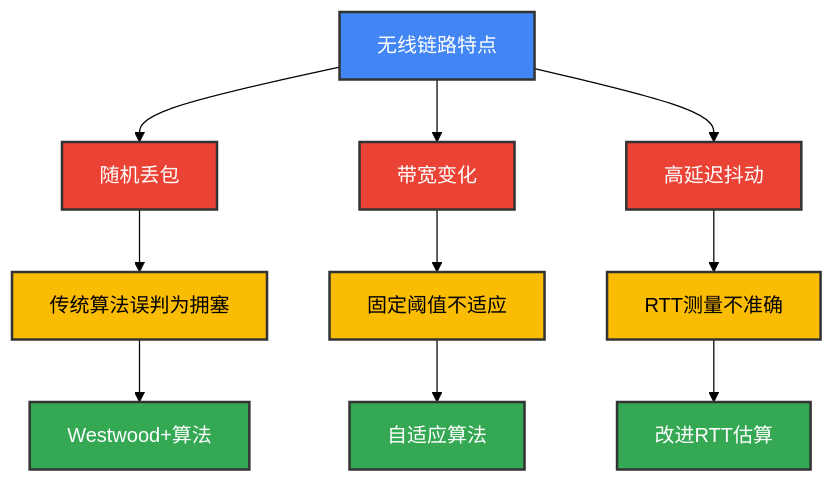
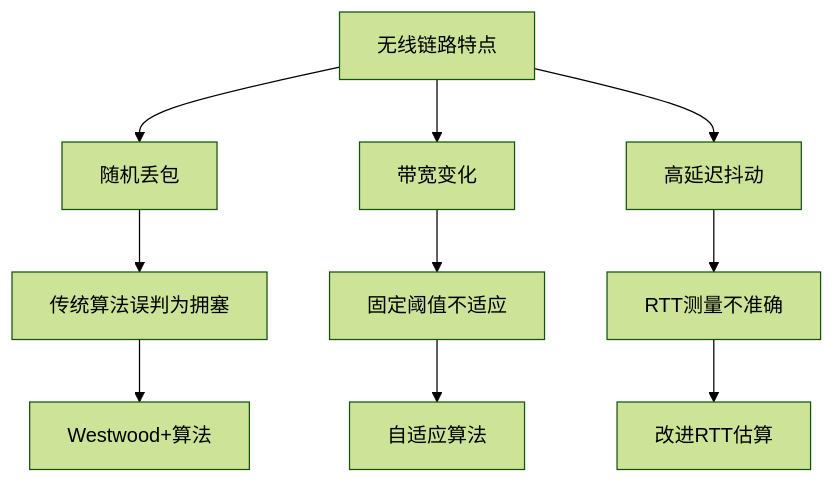
Before and after one commit to Dtheme/CS-base: the ninth of 9 diagrams in 计算机网络/3.6传输层：TCP拥塞控制.md, drawn with Mermaid (forest theme). The commit also changed other lines of this file and 51 other files, not shown here.

````diff
--- a/计算机网络/3.6传输层：TCP拥塞控制.md
+++ b/计算机网络/3.6传输层：TCP拥塞控制.md
@@ -1158,25 +1088,14 @@
 ```mermaid
 graph TD
     A[无线链路特点] --> B[随机丢包]
     A --> C[带宽变化]
     A --> D[高延迟抖动]
     
     B --> E[传统算法误判为拥塞]
     C --> F[固定阈值不适应]
     D --> G[RTT测量不准确]
     
     E --> H[Westwood+算法]
     F --> I[自适应算法]
     G --> J[改进RTT估算]
-    
-    style A fill:#4285f4,stroke:#333,stroke-width:2px,color:#ffffff
-    style B fill:#ea4335,stroke:#333,stroke-width:2px,color:#ffffff
-    style C fill:#ea4335,stroke:#333,stroke-width:2px,color:#ffffff
-    style D fill:#ea4335,stroke:#333,stroke-width:2px,color:#ffffff
-    style E fill:#fbbc04,stroke:#333,stroke-width:2px,color:#000000
-    style F fill:#fbbc04,stroke:#333,stroke-width:2px,color:#000000
-    style G fill:#fbbc04,stroke:#333,stroke-width:2px,color:#000000
-    style H fill:#34a853,stroke:#333,stroke-width:2px,color:#ffffff
-    style I fill:#34a853,stroke:#333,stroke-width:2px,color:#ffffff
-    style J fill:#34a853,stroke:#333,stroke-width:2px,color:#ffffff
 ```
````
